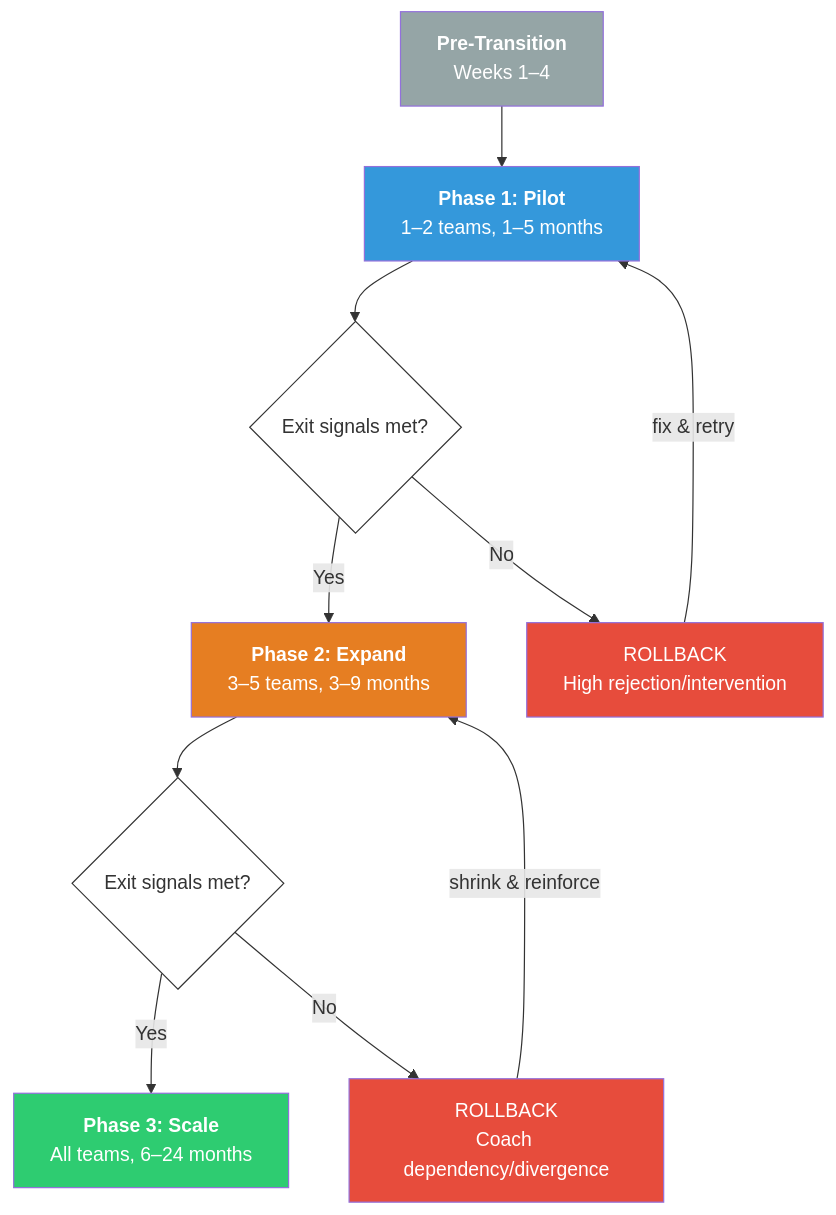
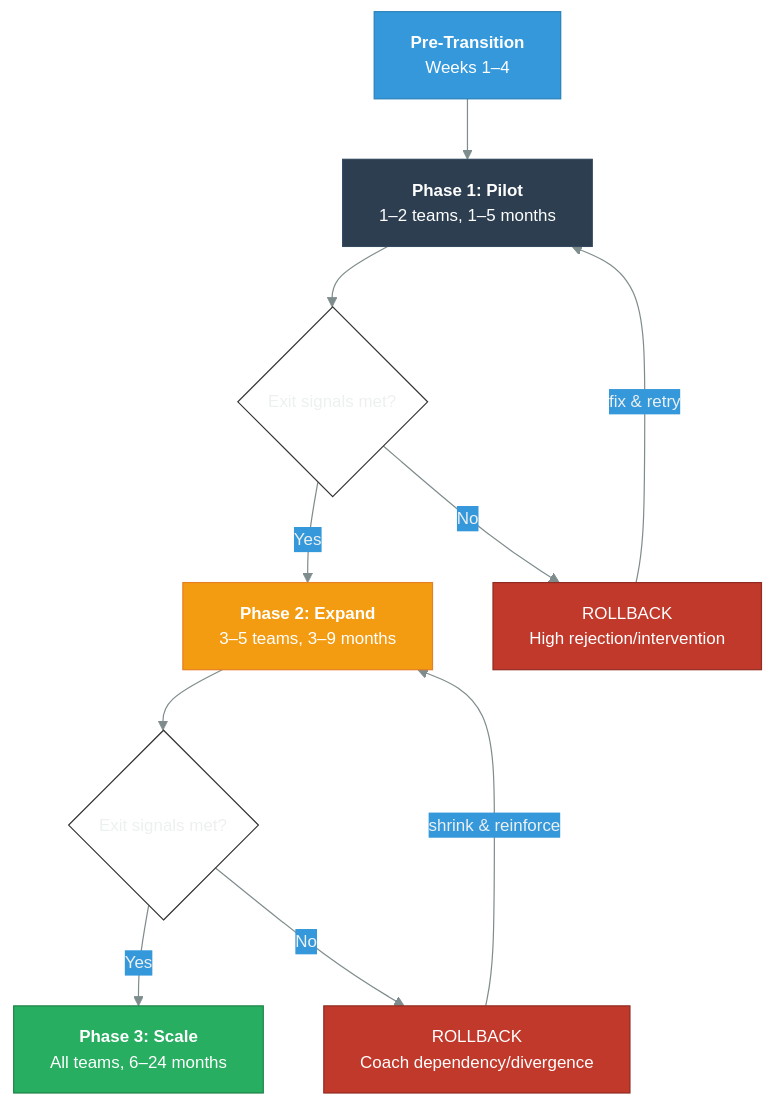
One commit to danielmeppiel/agentic-sdlc-handbook changed the diagram in handbook/ch07-planning-the-transition.qmd. Above: the diagram before and after it, drawn with Mermaid. The commit also changed 20 other files, not shown here.

First line of the commit message:
feat: add accessibility metadata and consistent theme to all 35 diagrams

````diff
--- a/handbook/ch07-planning-the-transition.qmd
+++ b/handbook/ch07-planning-the-transition.qmd
@@ -84,38 +84,42 @@
 ```{mermaid}
 %%| fig-width: 6.5
+%%| label: fig-transition-roadmap
+%%| fig-cap: "Three-phase transition roadmap with exit signals and rollback triggers"
+%%| fig-alt: "Top-to-bottom flowchart showing a three-phase agentic transition roadmap. Pre-Transition (Weeks 1-4) flows down to Phase 1 Pilot (1-2 teams, 1-5 months), which reaches a decision diamond 'Exit signals met?'. Yes leads to Phase 2 Expand (3-5 teams, 3-9 months); No leads to Rollback node 'High rejection/intervention' which loops back to Phase 1 via 'fix and retry'. Phase 2 reaches a second decision diamond 'Exit signals met?'. Yes leads to Phase 3 Scale (All teams, 6-24 months); No leads to Rollback node 'Coach dependency/divergence' which loops back to Phase 2 via 'shrink and reinforce'. Rollback nodes are red, phases progress from blue to orange to green."
+%%{init: {'theme': 'base', 'themeVariables': {'primaryColor': '#2c3e50', 'primaryTextColor': '#ecf0f1', 'primaryBorderColor': '#34495e', 'lineColor': '#7f8c8d', 'secondaryColor': '#3498db', 'tertiaryColor': '#ecf0f1', 'fontSize': '14px'}}}%%
 flowchart TB
     PRE["<b>Pre-Transition</b><br/>Weeks 1–4"]
 
     P1["<b>Phase 1: Pilot</b><br/>1–2 teams, 1–5 months"]
 
     G1{"Exit signals met?"}
 
     P2["<b>Phase 2: Expand</b><br/>3–5 teams, 3–9 months"]
 
     G2{"Exit signals met?"}
 
     P3["<b>Phase 3: Scale</b><br/>All teams, 6–24 months"]
 
     RB1["ROLLBACK<br/>High rejection/intervention"]
 
     RB2["ROLLBACK<br/>Coach dependency/divergence"]
 
     PRE --> P1
     P1 --> G1
     G1 -->|"Yes"| P2
     G1 -->|"No"| RB1
     RB1 -->|"fix & retry"| P1
     P2 --> G2
     G2 -->|"Yes"| P3
     G2 -->|"No"| RB2
     RB2 -->|"shrink & reinforce"| P2
 
-    style PRE fill:#95a5a6,color:#fff
-    style P1 fill:#3498db,color:#fff
-    style P2 fill:#e67e22,color:#fff
-    style P3 fill:#2ecc71,color:#fff
+    style PRE fill:#3498db,stroke:#2980b9,color:#fff
+    style P1 fill:#2c3e50,stroke:#34495e,color:#fff
+    style P2 fill:#f39c12,stroke:#e67e22,color:#fff
+    style P3 fill:#27ae60,stroke:#1e8449,color:#fff
     style G1 fill:#fff,stroke:#333
     style G2 fill:#fff,stroke:#333
-    style RB1 fill:#e74c3c,color:#fff
-    style RB2 fill:#e74c3c,color:#fff
+    style RB1 fill:#c0392b,stroke:#922b21,color:#fff
+    style RB2 fill:#c0392b,stroke:#922b21,color:#fff
 ```
````
